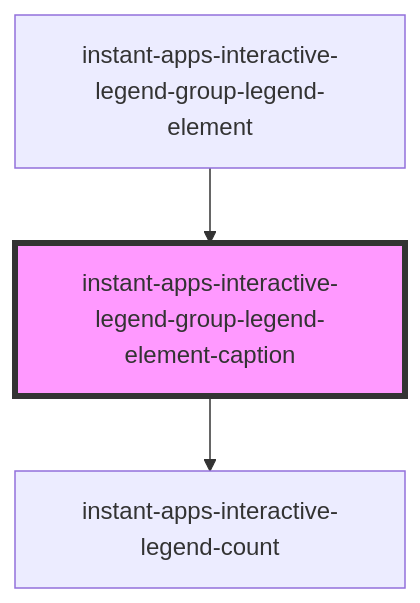
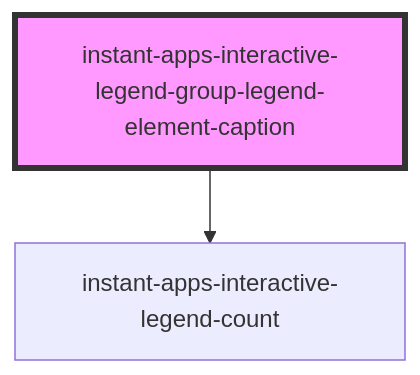
One commit to Esri/instant-apps-components changed the diagram in src/components/instant-apps-interactive-legend/instant-apps-interactive-legend-group-legend-element-caption/readme.md. Above: the diagram before and after it, drawn with Mermaid. The commit also changed other lines of this file and 7 other files, not shown here.

````diff
--- a/src/components/instant-apps-interactive-legend/instant-apps-interactive-legend-group-legend-element-caption/readme.md
+++ b/src/components/instant-apps-interactive-legend/instant-apps-interactive-legend-group-legend-element-caption/readme.md
@@ -38,6 +34,5 @@
 ```mermaid
 graph TD;
   instant-apps-interactive-legend-group-legend-element-caption --> instant-apps-interactive-legend-count
-  instant-apps-interactive-legend-group-legend-element --> instant-apps-interactive-legend-group-legend-element-caption
   style instant-apps-interactive-legend-group-legend-element-caption fill:#f9f,stroke:#333,stroke-width:4px
 ```
````
